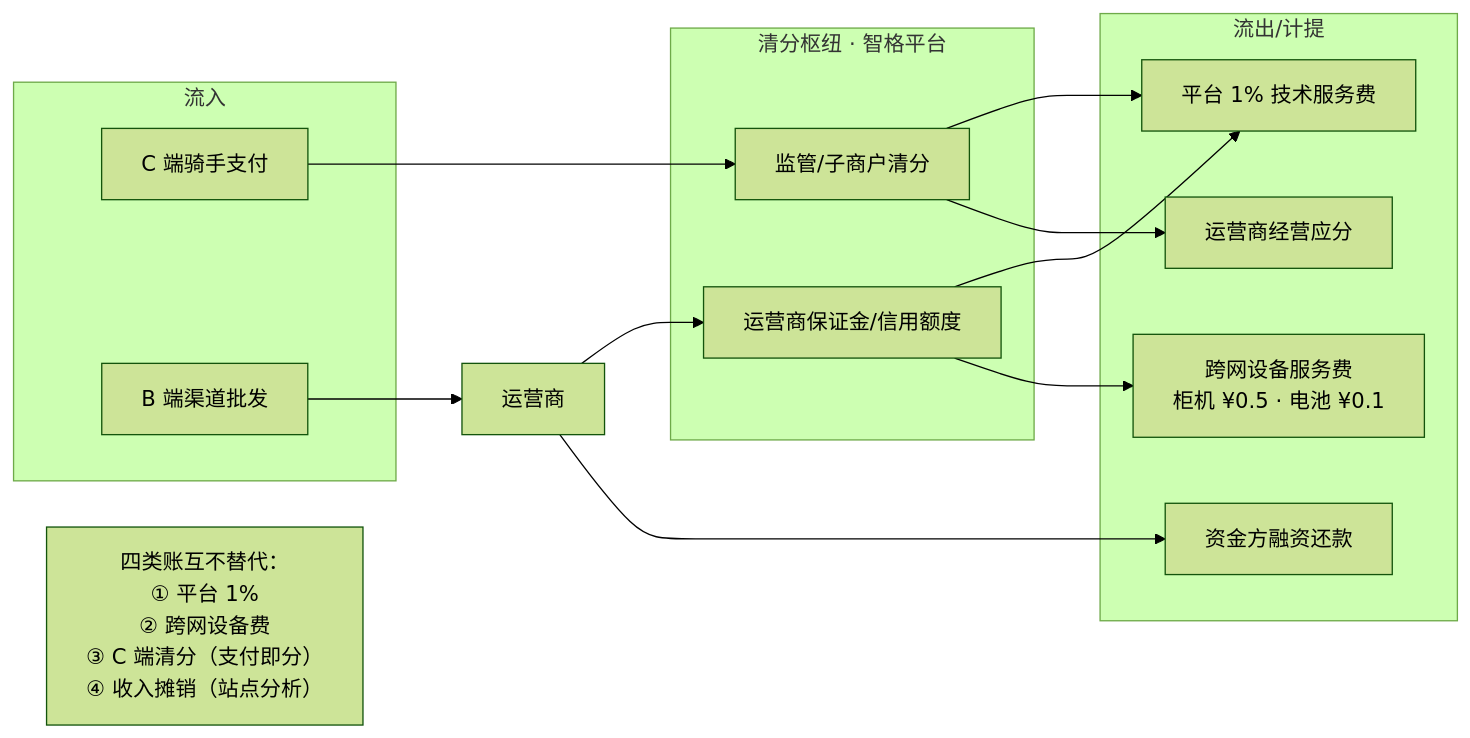
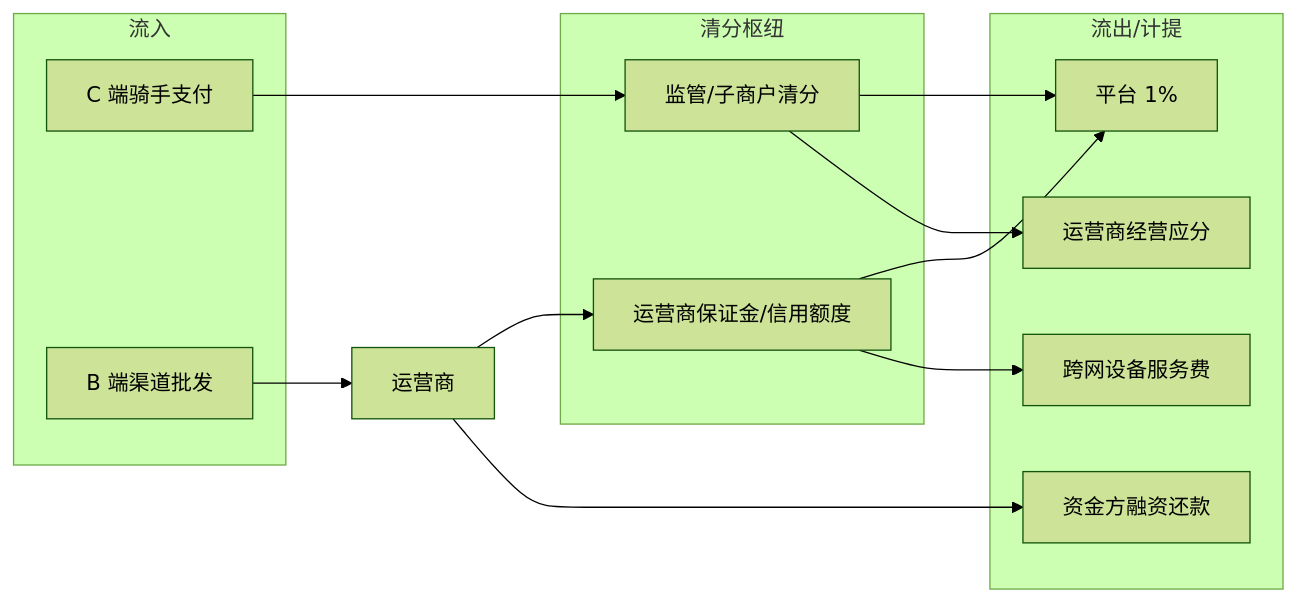
The fourth of 6 diagrams in docs/documentation/md/业务整体预览图.md (liudali/rider-swap-operator-prototype), drawn with Mermaid (forest theme) before and after one commit. The commit also changed other lines of this file and 102 other files, not shown here.

````diff
--- a/docs/documentation/md/业务整体预览图.md
+++ b/docs/documentation/md/业务整体预览图.md
@@ -180,30 +251,25 @@
 ```mermaid
 flowchart LR
   subgraph in [流入]
     Cpay["C 端骑手支付"]
     Bpay["B 端渠道批发"]
   end
-
-  subgraph hub [清分枢纽 · 智格平台]
+  subgraph hub [清分枢纽]
     Reg["监管/子商户清分"]
     Dep["运营商保证金/信用额度"]
   end
-
   subgraph out [流出/计提]
-    P1["平台 1% 技术服务费"]
-    P2["跨网设备服务费<br/>柜机 ¥0.5 · 电池 ¥0.1"]
+    P1["平台 1%"]
+    P2["跨网设备服务费"]
     P3["运营商经营应分"]
     P5["资金方融资还款"]
   end
-
   Cpay --> Reg
   Bpay --> OP2["运营商"]
   Reg --> P1
   Reg --> P3
   OP2 --> Dep
   Dep --> P1
   Dep --> P2
   OP2 --> P5
-
-  note1["四类账互不替代：<br/>① 平台 1%<br/>② 跨网设备费<br/>③ C 端清分（支付即分）<br/>④ 收入摊销（站点分析）"]
 ```
````
